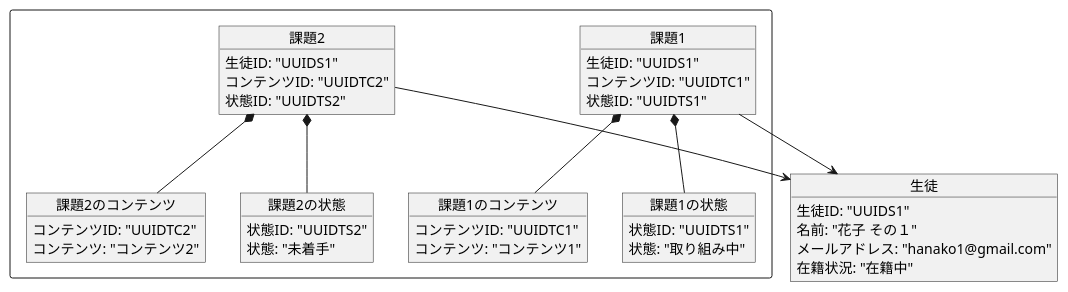
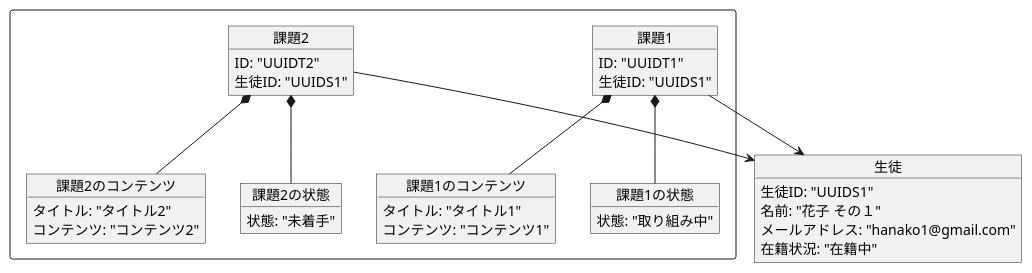
The diagram in doc/object-task-management.pu (yoyoyonoyo/ddd-sample), drawn with PlantUML before and after one commit. The commit also changed 7 other files, not shown here.

```diff
--- a/doc/object-task-management.pu
+++ b/doc/object-task-management.pu
@@ -1,88 +1,54 @@
 @startuml object
 
 ' オブジェクト図は
 ' ユーザーの要求に対するシステムの振る舞いを定義する図です。
 ' サンプルコードP18
 
-' - 参加者
-'     - 名前とメールアドレスを持つ
-'     - メールアドレスの重複は許容されない
-'     - 在籍ステータスを持つ。取りうる値は「在籍中」「休会中」「退会済」の3つ
-'         - ステータスが「在籍中」ではない場合、どのチームにも所属してはいけない
-' - チーム
-'     - チームには名前がある
-'     - チームの名前はa, b, c, dのような英文字でなければいけない
-'     - チームの名前は重複不可
-'     - チームの人数は2〜4名。人数が変動したときの挙動については[参加者の増減に関する仕様](https://www.notion.so/1-4a8b67f9c79b4571b4f31e57bf8372c7?pvs=21)を参照
-' - 課題
-'     - 全ての参加者は複数の課題（80個ぐらい）を所有（割り当てられて）いる
-'         - 例えば参加者Aが課題を80個、参加者Bが課題を80個所有している
-'     - 課題には、参加者ごとに進捗ステータスがある
-'         - 進捗ステータスは「未着手、取組中、レビュー待ち、完了」いずれかの値を持つ
-'         - 進捗ステータス変更可否の条件は以下の通り
-'             - 「未着手」は、「取組中」にのみ変更できる
-'             - 「取組中」は「レビュー待ち」にのみ変更できる
-'             - 「レビュー待ち」は、「取組中」もしくは「完了」に変更できる
-'             - 「完了」は変更できない
-'         - 進捗ステータスを変更できるのは、課題の所有者だけ（Aさんの課題1の進捗ステータスを変えられるのはAさんだけ。Aさんの課題1の進捗ステータスをBさんが変更するのは不可能）
-
-
 rectangle {
-'     export const task = pgTable("task", {
-'   participantId: varchar("participant_id").references(() => participant.id),
-'   taskContentId: varchar("task_content_id").references(() => taskContent.id),
-'   taskStatusId: integer("task_status_id").references(() => taskStatus.id),
-' });
     object "課題1" as TaskActivity1 {
+        ID: "UUIDT1"
         生徒ID: "UUIDS1"
-        コンテンツID: "UUIDTC1"
-        状態ID: "UUIDTS1"
     }
 
     object "課題1のコンテンツ" as TaskContent1 {
-        コンテンツID: "UUIDTC1"
+        タイトル: "タイトル1"
         コンテンツ: "コンテンツ1"
     }
 
     object "課題1の状態" as TaskStatus1 {
-        状態ID: "UUIDTS1"
         状態: "取り組み中"
     }
 
     TaskActivity1 *-- TaskContent1
     TaskActivity1 *-- TaskStatus1
 
     object "課題2" as TaskActivity2 {
+        ID: "UUIDT2"
         生徒ID: "UUIDS1"
-        コンテンツID: "UUIDTC2"
-        状態ID: "UUIDTS2"
     }
 
     object "課題2のコンテンツ" as TaskContent2 {
-        コンテンツID: "UUIDTC2"
+        タイトル: "タイトル2"
         コンテンツ: "コンテンツ2"
     }
 
     object "課題2の状態" as TaskStatus2 {
-        状態ID: "UUIDTS2"
         状態: "未着手"
     }
 
     TaskActivity2 *-- TaskContent2
     TaskActivity2 *-- TaskStatus2
 }
 
 
 object "生徒" as Student1 {
     生徒ID: "UUIDS1"
     名前: "花子 その１"
     メールアドレス: "hanako1@gmail.com"
     在籍状況: "在籍中"
 }
 
 TaskActivity1 --> Student1
 TaskActivity2 --> Student1
 
-
-
 @enduml
```
